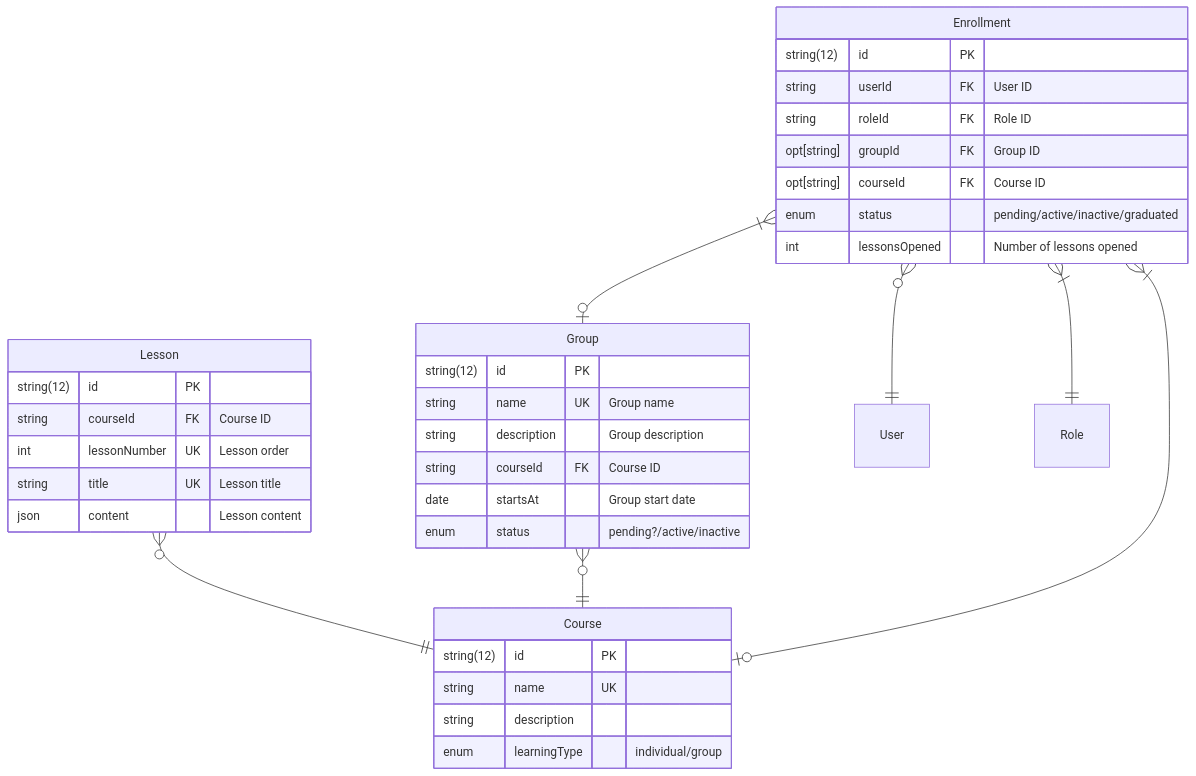
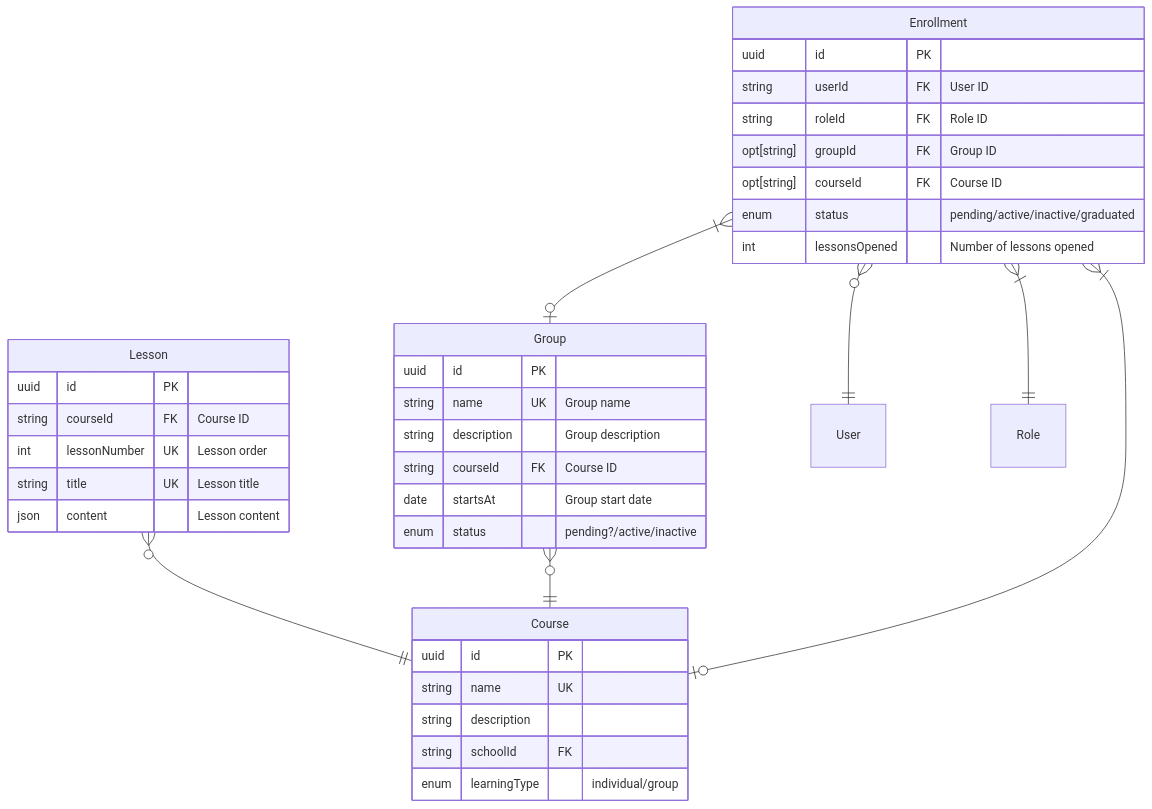
One commit to akdasa-studios/vidya changed the second of 2 diagrams in docs/Entity Relationship Diagram.md. Above: the diagram before and after it, drawn with Mermaid. The commit also changed other lines of this file and 18 other files, not shown here.

````diff
--- a/docs/Entity Relationship Diagram.md
+++ b/docs/Entity Relationship Diagram.md
@@ -70,43 +70,44 @@
 ```mermaid
 erDiagram
     Course {
-        string(12) id PK
+        uuid id PK
         string name UK
         string description
+        string schoolId FK
         enum learningType "individual/group"
     }
 
     Group {
-        string(12) id PK
+        uuid id PK
         string name UK "Group name"
         string description "Group description"
         string courseId FK "Course ID"
         date startsAt "Group start date"
         enum status "pending?/active/inactive"
     }
 
     Enrollment {
-        string(12) id PK
+        uuid id PK
         string userId FK "User ID"
         string roleId FK "Role ID"
         opt[string] groupId FK "Group ID"
         opt[string] courseId FK "Course ID"
         enum status "pending/active/inactive/graduated"
         int lessonsOpened "Number of lessons opened"
     }
 
     Lesson {
-        string(12) id PK
+        uuid id PK
         string courseId FK "Course ID"
         int lessonNumber UK "Lesson order"
         string title UK "Lesson title"
         json content "Lesson content"
     }
 
     Lesson }o--|| Course : ""
     Group }o--|| Course : ""
     Enrollment }o--|| User : ""
     Enrollment }|--o| Group : ""
     Enrollment }|--o| Course : ""
     Enrollment }|--|| Role : ""
 ```
````
